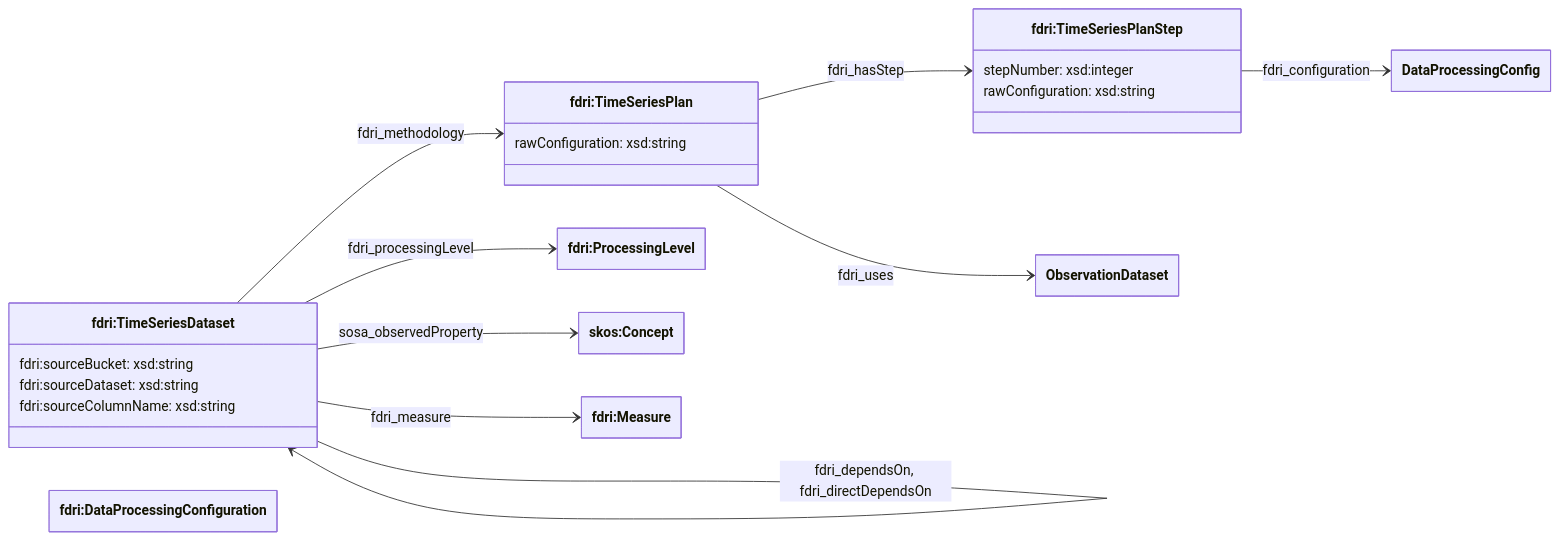
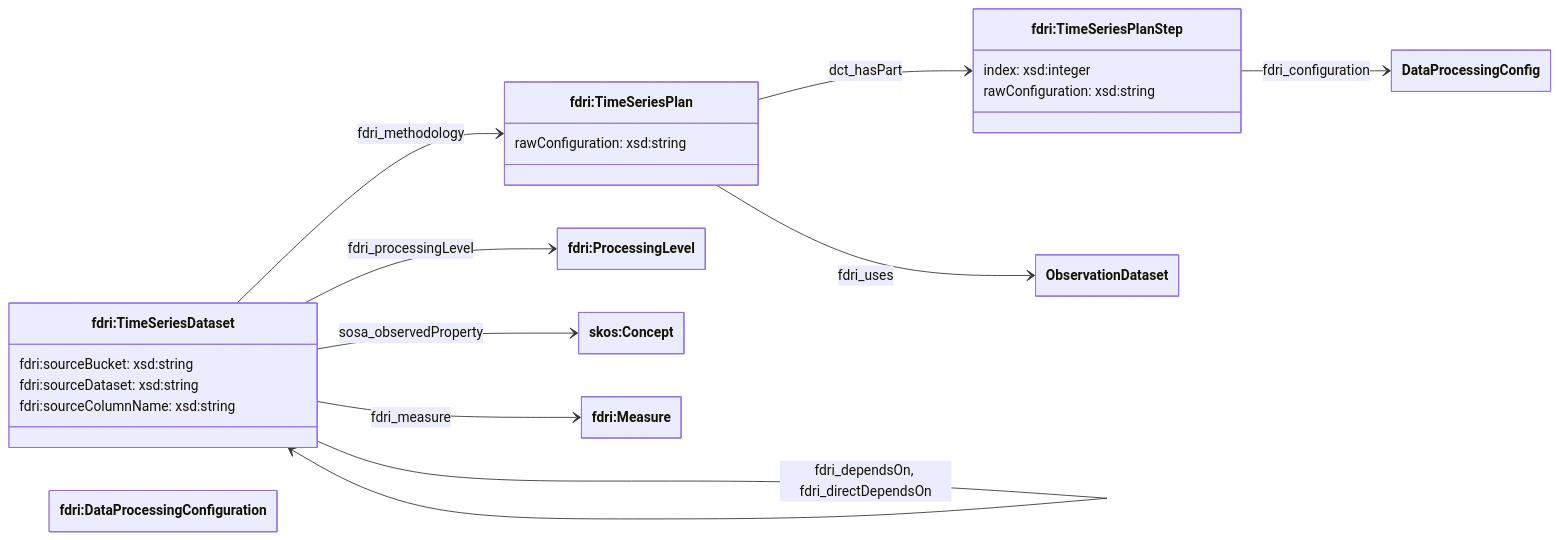
Before and after one commit to NERC-CEH/fdri-ontology: the second of 3 diagrams in doc/time-series-dataset.md, drawn with Mermaid. The commit also changed other lines of this file and 2 other files, not shown here.

Commit message:
Refine time-series plan ontology * Replace new properties with existing properties in the ontology * Update the OWL ontology to be in sync with the recordspec schema. * Update documentation to reflect property changes

````diff
--- a/doc/time-series-dataset.md
+++ b/doc/time-series-dataset.md
@@ -40,34 +40,34 @@
 ```mermaid
 ---
   config:
     class:
       hideEmptyMembersBox: true
 ---
 classDiagram
 direction LR
 class TimeSeriesDataset["fdri:TimeSeriesDataset"] {
   fdri:sourceBucket: xsd:string
   fdri:sourceDataset: xsd:string
   fdri:sourceColumnName: xsd:string
 }
 class Plan["fdri:TimeSeriesPlan"] {
     rawConfiguration: xsd:string
 }
 class Step["fdri:TimeSeriesPlanStep"] {
-    stepNumber: xsd:integer
+    index: xsd:integer
     rawConfiguration: xsd:string
 }
 class DataProcessingConfiguration["fdri:DataProcessingConfiguration"]
 class ProcessingLevel["fdri:ProcessingLevel"]
 class Variable["skos:Concept"]
 class Measure["fdri:Measure"]
 
 TimeSeriesDataset --> ProcessingLevel: fdri_processingLevel
 TimeSeriesDataset --> Variable: sosa_observedProperty
 TimeSeriesDataset --> Measure: fdri_measure
 TimeSeriesDataset --> Plan: fdri_methodology
 Plan --> ObservationDataset: fdri_uses
-Plan --> Step: fdri_hasStep
+Plan --> Step: dct_hasPart
 Step --> DataProcessingConfig: fdri_configuration
 TimeSeriesDataset --> TimeSeriesDataset: fdri_dependsOn, fdri_directDependsOn
 ```
````
